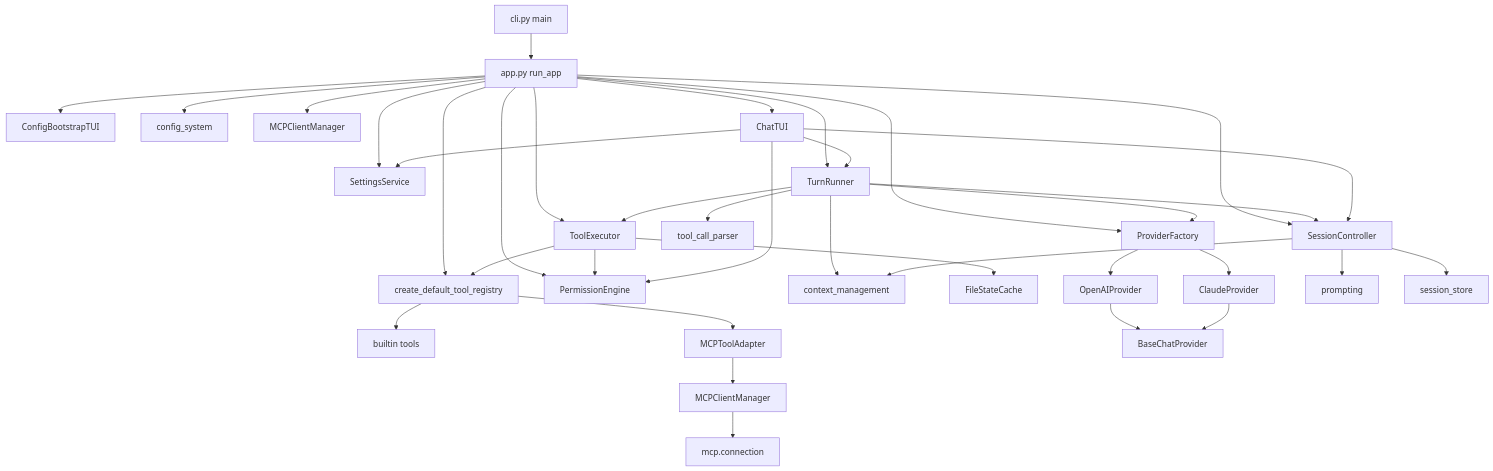
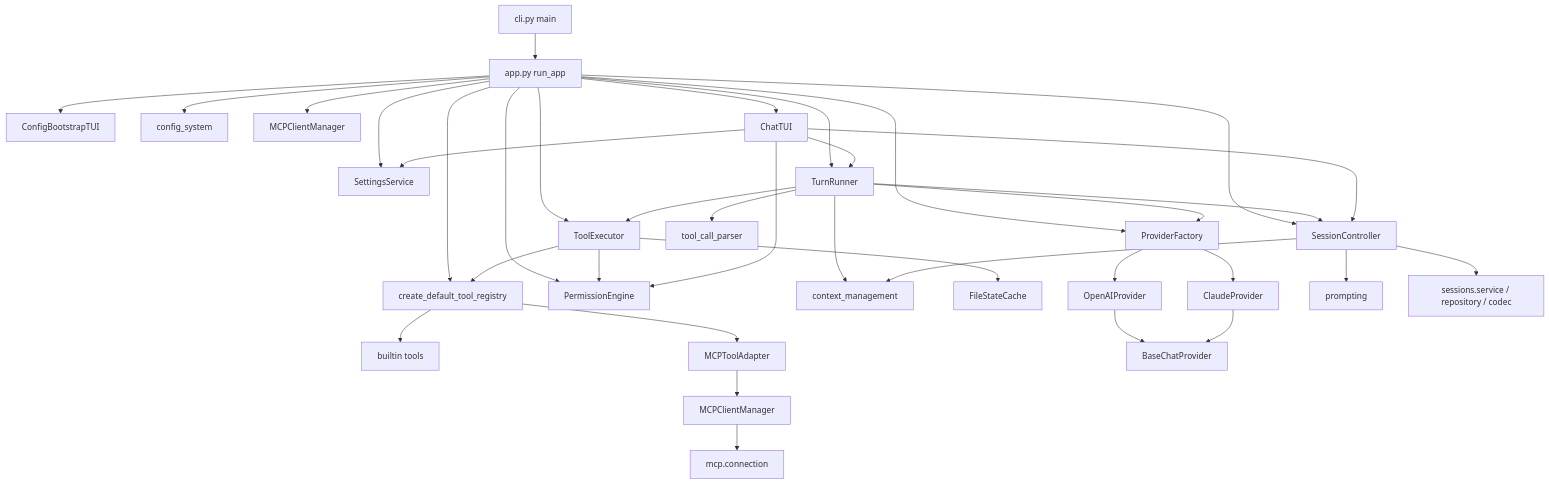
One commit to LangYiSheng/LanCher-Code changed the diagram in docs/architecture.md. Above: the diagram before and after it, drawn with Mermaid. The commit also changed other lines of this file and 65 other files, not shown here.

````diff
--- a/docs/architecture.md
+++ b/docs/architecture.md
@@ -52,39 +52,39 @@
 ```mermaid
 graph TD
     CLI[cli.py main] --> APP[app.py run_app]
     APP --> BS[ConfigBootstrapTUI]
     APP --> CFG[config_system]
     APP --> SVC[SessionController]
     APP --> PF[ProviderFactory]
     APP --> REG[create_default_tool_registry]
     APP --> MCP[MCPClientManager]
     APP --> PE[PermissionEngine]
     APP --> SS[SettingsService]
     APP --> TE[ToolExecutor]
     APP --> TR[TurnRunner]
     APP --> TUI[ChatTUI]
 
     TR --> SVC
     TR --> PF
     TR --> TE
     TR --> CM[context_management]
     TR --> TCP[tool_call_parser]
     TE --> REG
     TE --> PE
     TE --> FS[FileStateCache]
     REG --> B1[builtin tools]
     REG --> AD[MCPToolAdapter]
     AD --> MC[MCPClientManager]
     MC --> MCON[mcp.connection]
     PF --> OAI[OpenAIProvider]
     PF --> CLA[ClaudeProvider]
     OAI --> BASE[BaseChatProvider]
     CLA --> BASE
     SVC --> PR[prompting]
     SVC --> CM
-    SVC --> ST[session_store]
+    SVC --> ST[sessions.service / repository / codec]
     TUI --> TR
     TUI --> SVC
     TUI --> PE
     TUI --> SS
 ```
````
